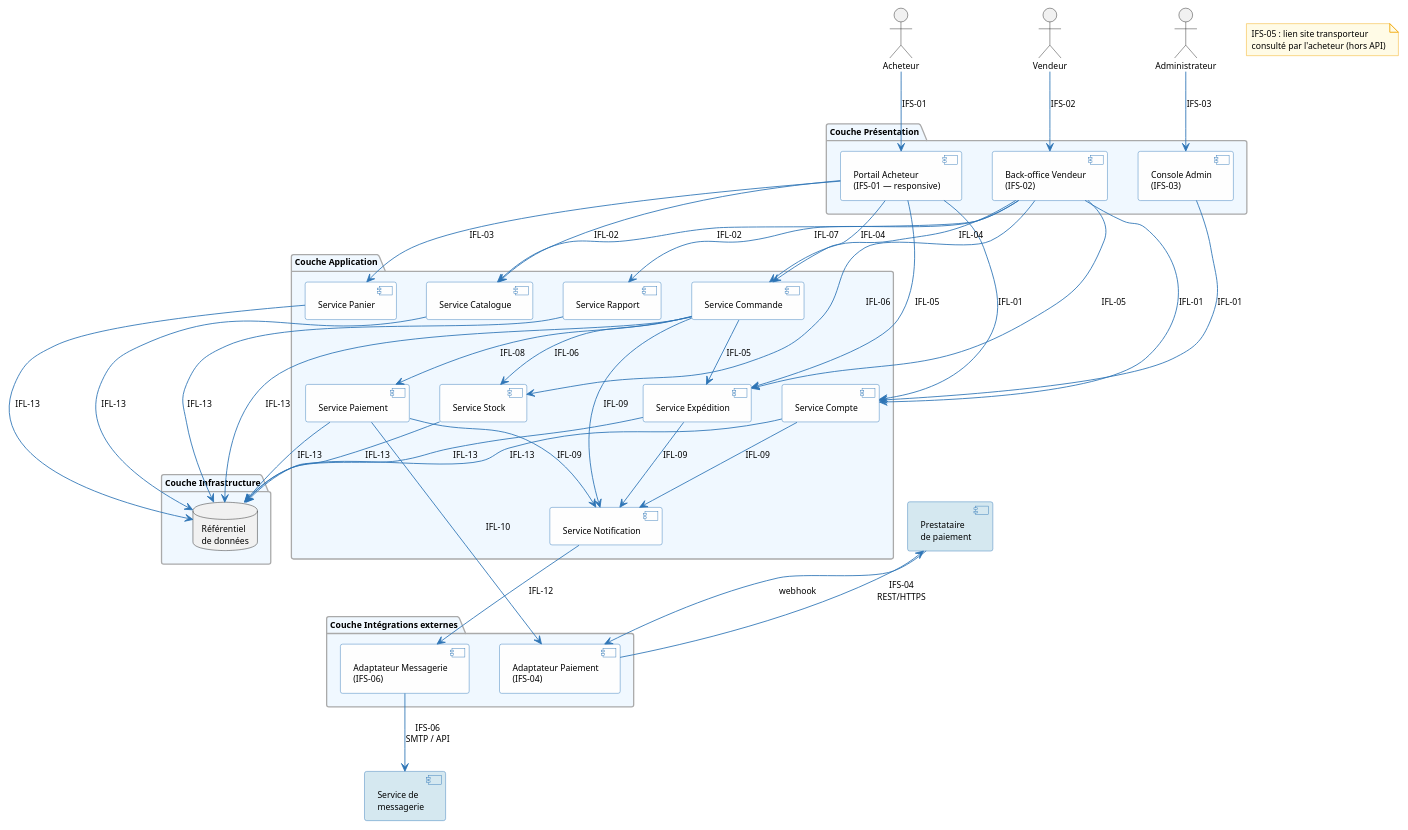
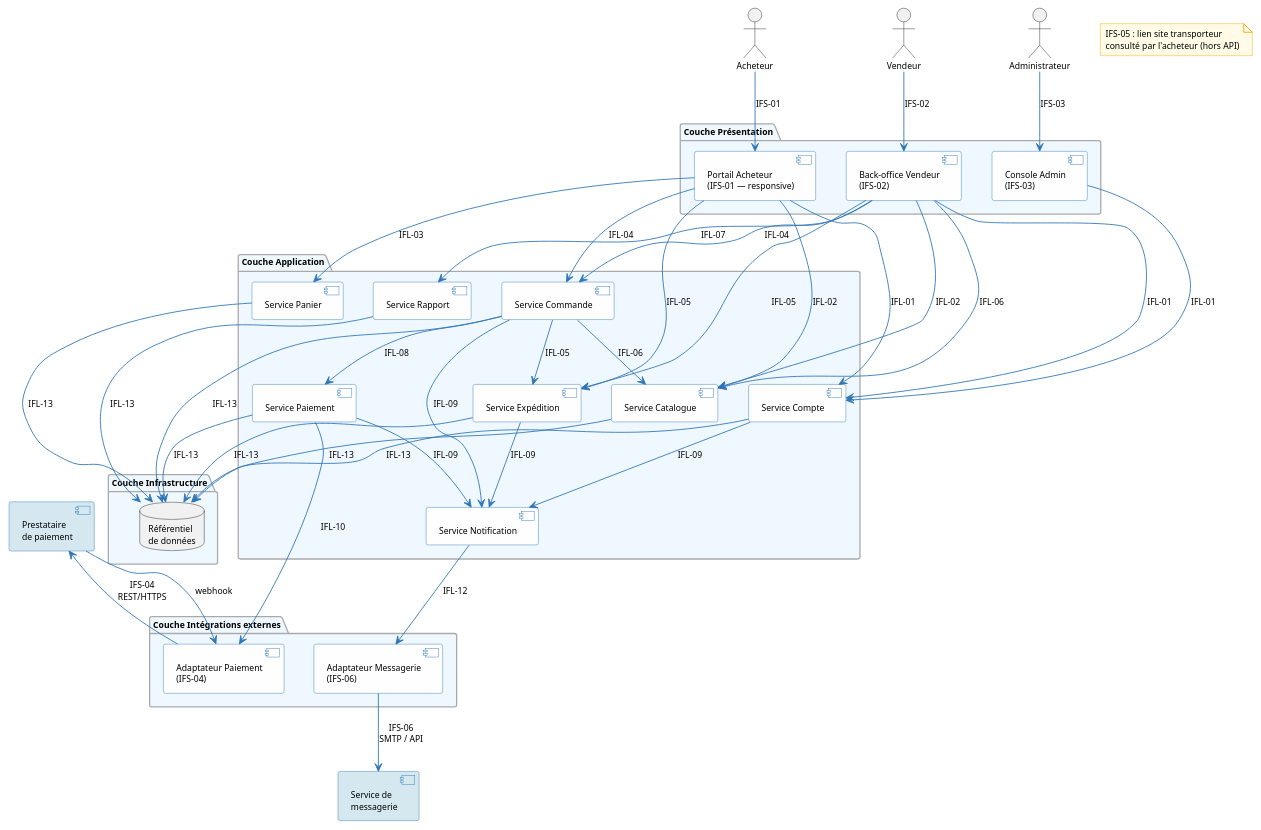
The first of 7 diagrams in architecture/03-logical-architecture/la.adoc (louistalvande/online_shop), drawn with PlantUML before and after one commit. The commit also changed other lines of this file, not shown here.

Commit message:
merge product and stock, delete audit log

```diff
--- a/architecture/03-logical-architecture/la.adoc
+++ b/architecture/03-logical-architecture/la.adoc
@@ -136,7 +131,6 @@
 package "Couche Application" {
   [Service Compte] as SvcAccount
   [Service Catalogue] as SvcCatalog
-  [Service Stock] as SvcStock
   [Service Panier] as SvcCart
   [Service Commande] as SvcOrder
   [Service Paiement] as SvcPayment
@@ -170,7 +164,7 @@
 
 UI_Vendor --> SvcAccount : IFL-01
 UI_Vendor --> SvcCatalog : IFL-02
-UI_Vendor --> SvcStock : IFL-06
+UI_Vendor --> SvcCatalog : IFL-06
 UI_Vendor --> SvcOrder : IFL-04
 UI_Vendor --> SvcShipping : IFL-05
 UI_Vendor --> SvcReport : IFL-07
@@ -178,7 +172,7 @@
 UI_Admin --> SvcAccount : IFL-01
 
 SvcOrder --> SvcPayment : IFL-08
-SvcOrder --> SvcStock : IFL-06
+SvcOrder --> SvcCatalog : IFL-06
 SvcOrder --> SvcShipping : IFL-05
 SvcOrder --> SvcNotif : IFL-09
 SvcAccount --> SvcNotif : IFL-09
@@ -194,7 +188,6 @@
 
 SvcAccount --> DB : IFL-13
 SvcCatalog --> DB : IFL-13
-SvcStock --> DB : IFL-13
 SvcCart --> DB : IFL-13
 SvcOrder --> DB : IFL-13
 SvcPayment --> DB : IFL-13
```
